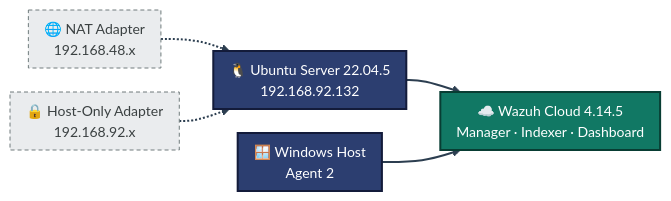
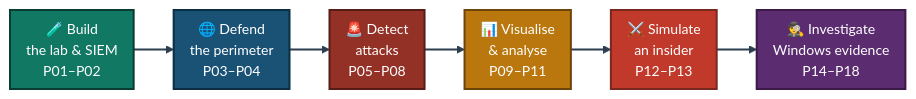
The first of 2 diagrams in 3-Advanced-Cyber-Projects/README.md (malaika-azhar/Cybersecurity-Lab-Projects), drawn with Mermaid before and after one commit. The commit also changed other lines of this file, not shown here.

````diff
--- a/3-Advanced-Cyber-Projects/README.md
+++ b/3-Advanced-Cyber-Projects/README.md
@@ -136,12 +99,16 @@
 ```mermaid
-%%{init: {'theme': 'base', 'themeVariables': {'fontSize': '14px'}, 'flowchart': {'nodeSpacing': 24, 'rankSpacing': 34, 'padding': 8}}}%%
+%%{init: {'theme': 'base', 'themeVariables': {'fontSize': '14px'}, 'flowchart': {'nodeSpacing': 26, 'rankSpacing': 40, 'padding': 8}}}%%
 flowchart LR
-    UB["🐧 Ubuntu Server 22.04.5<br/>192.168.92.132"]:::vm --> WZ["☁️ Wazuh Cloud 4.14.5<br/>Manager · Indexer · Dashboard"]:::siem
-    WH["🪟 Windows Host<br/>Agent 2"]:::vm --> WZ
-    NAT["🌐 NAT Adapter<br/>192.168.48.x"]:::net -.-> UB
-    HO["🔒 Host-Only Adapter<br/>192.168.92.x"]:::net -.-> UB
-    classDef vm fill:#2C3E70,stroke:#131B3A,stroke-width:2px,color:#FFFFFF
-    classDef siem fill:#117864,stroke:#083D33,stroke-width:2px,color:#FFFFFF
-    classDef net fill:#EAECEE,stroke:#707B7C,color:#3B4142,stroke-dasharray: 4 3
+    A["🧪 Build<br/>the lab & SIEM<br/>P01–P02"]:::s1 --> B["🌐 Defend<br/>the perimeter<br/>P03–P04"]:::s2
+    B --> C["🚨 Detect<br/>attacks<br/>P05–P08"]:::s3
+    C --> D["📊 Visualise<br/>& analyse<br/>P09–P11"]:::s4
+    D --> E["⚔️ Simulate<br/>an insider<br/>P12–P13"]:::s5
+    E --> F["🕵️ Investigate<br/>Windows evidence<br/>P14–P18"]:::s6
+    classDef s1 fill:#117864,stroke:#083D33,stroke-width:2px,color:#FFFFFF
+    classDef s2 fill:#1A5276,stroke:#0B2E43,stroke-width:2px,color:#FFFFFF
+    classDef s3 fill:#943126,stroke:#571C16,stroke-width:2px,color:#FFFFFF
+    classDef s4 fill:#B9770E,stroke:#6E4409,stroke-width:2px,color:#FFFFFF
+    classDef s5 fill:#C0392B,stroke:#78281F,stroke-width:2px,color:#FFFFFF
+    classDef s6 fill:#5B2C6F,stroke:#3B1A48,stroke-width:2px,color:#FFFFFF
     linkStyle default stroke:#2C3E50,stroke-width:2px
 ```
````
